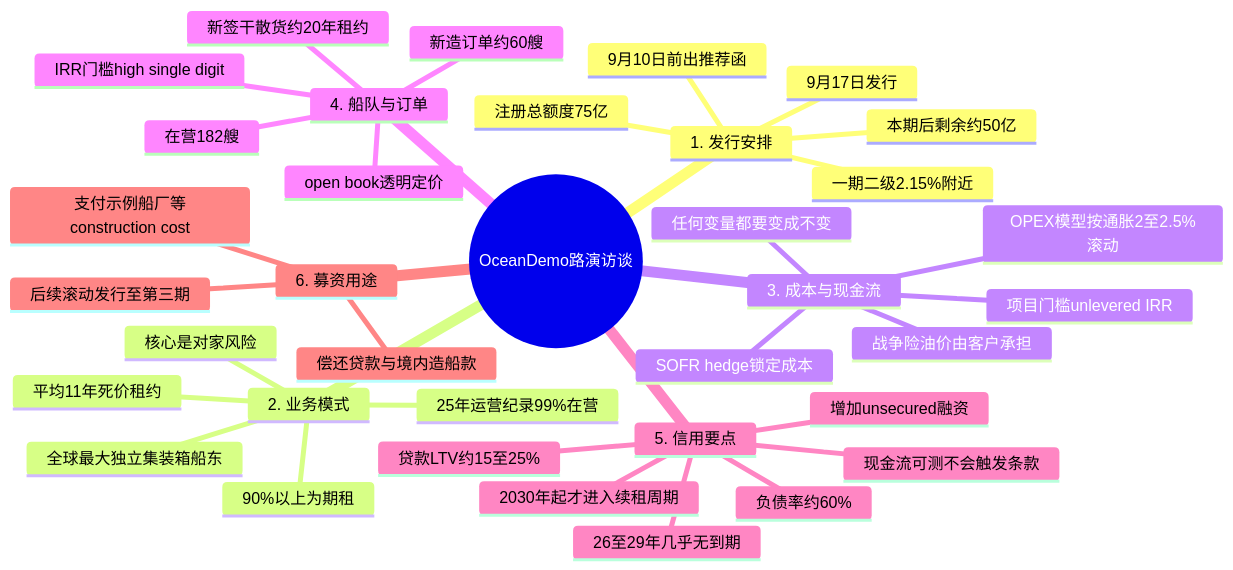
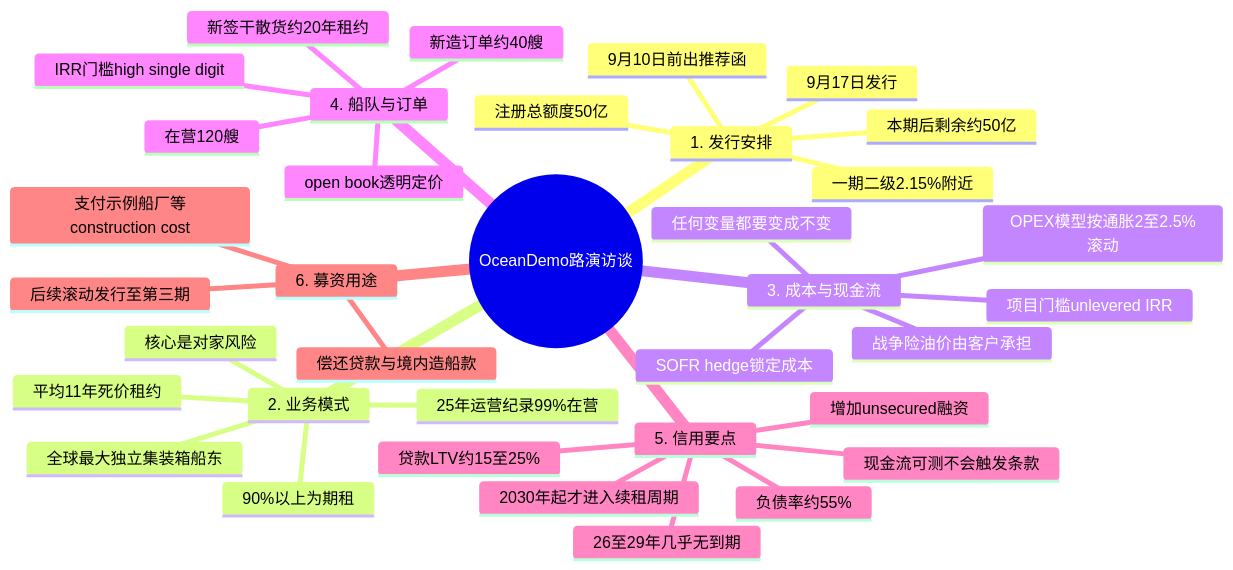
One commit to jarvislee90s-dot/interview-report-kit changed the diagram in examples/demo-interview/思维导图（示例）.mmd. Above: the diagram before and after it, drawn with Mermaid. The commit also changed 7 other files, not shown here.

Commit message:
fix: strip mindmap appendix and code fences in summary render (mermaid source leak)

```diff
--- a/examples/demo-interview/思维导图（示例）.mmd
+++ b/examples/demo-interview/思维导图（示例）.mmd
@@ -1,42 +1,42 @@
 ---
 config:
   layout: tidy-tree
 ---
 
 mindmap
   root((OceanDemo路演访谈))
     1. 发行安排
       9月17日发行
       9月10日前出推荐函
       本期后剩余约50亿
-      注册总额度75亿
+      注册总额度50亿
       一期二级2.15%附近
     2. 业务模式
       全球最大独立集装箱船东
       90%以上为期租
       平均11年死价租约
       核心是对家风险
       25年运营纪录99%在营
     3. 成本与现金流
       OPEX模型按通胀2至2.5%滚动
       项目门槛unlevered IRR
       SOFR hedge锁定成本
       战争险油价由客户承担
       任何变量都要变成不变
     4. 船队与订单
-      在营182艘
-      新造订单约60艘
+      在营120艘
+      新造订单约40艘
       新签干散货约20年租约
       open book透明定价
       IRR门槛high single digit
     5. 信用要点
-      负债率约60%
+      负债率约55%
       贷款LTV约15至25%
       现金流可测不会触发条款
       增加unsecured融资
       26至29年几乎无到期
       2030年起才进入续租周期
     6. 募资用途
       偿还贷款与境内造船款
       支付示例船厂等construction cost
       后续滚动发行至第三期
```
